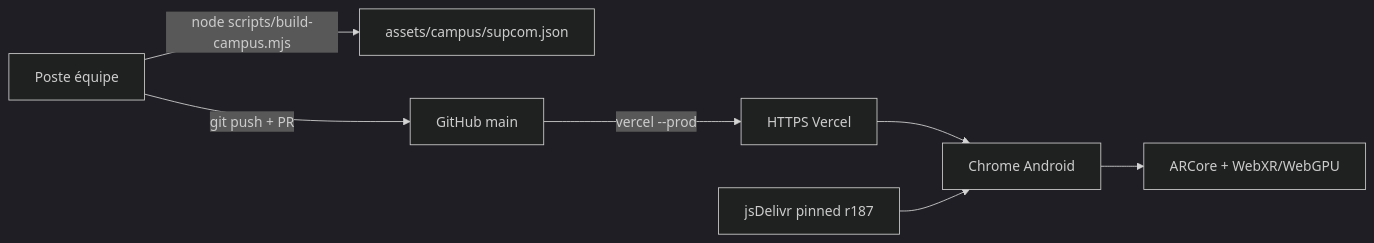
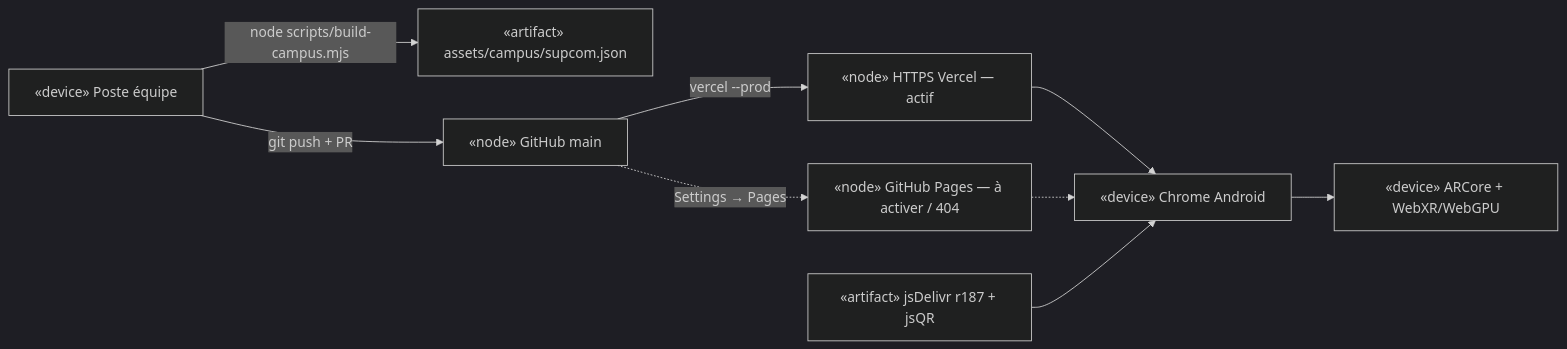
The fifth of 5 diagrams in docs/design-notebook.md (yessinomhiri-cpu/indoor-wayfinder), drawn with Mermaid (dark theme) before and after one commit. The commit also changed other lines of this file and 3 other files, not shown here.

````diff
--- a/docs/design-notebook.md
+++ b/docs/design-notebook.md
@@ -208,9 +232,11 @@
 ```mermaid
 flowchart LR
-    DEV[Poste équipe] -->|node scripts/build-campus.mjs| DATA[assets/campus/supcom.json]
-    DEV -->|git push + PR| GH[GitHub main]
-    GH -->|vercel --prod| HOST[HTTPS Vercel]
-    HOST --> PHONE[Chrome Android]
-    PHONE --> ARCore[ARCore + WebXR/WebGPU]
-    CDN[jsDelivr pinned r187] --> PHONE
+    DEV["«device» Poste équipe"] -->|node scripts/build-campus.mjs| DATA["«artifact» assets/campus/supcom.json"]
+    DEV -->|git push + PR| GH["«node» GitHub main"]
+    GH -->|vercel --prod| VERCEL["«node» HTTPS Vercel — actif"]
+    GH -.->|Settings → Pages| PAGES["«node» GitHub Pages — à activer / 404"]
+    VERCEL --> PHONE["«device» Chrome Android"]
+    PAGES -.-> PHONE
+    PHONE --> ARCore["«device» ARCore + WebXR/WebGPU"]
+    CDN["«artifact» jsDelivr r187 + jsQR"] --> PHONE
 ```
````
